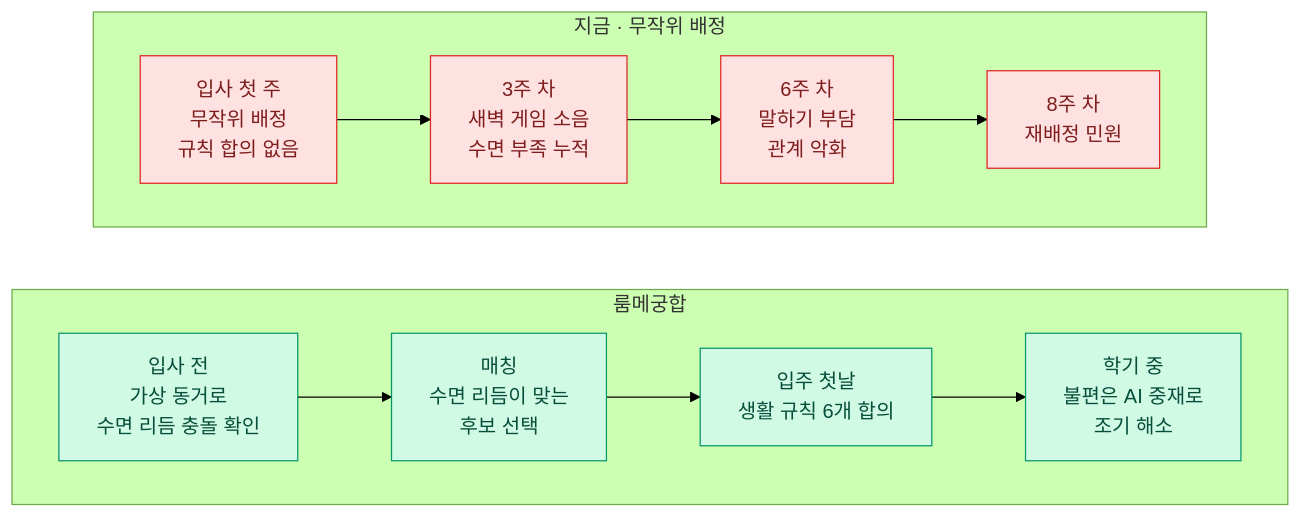
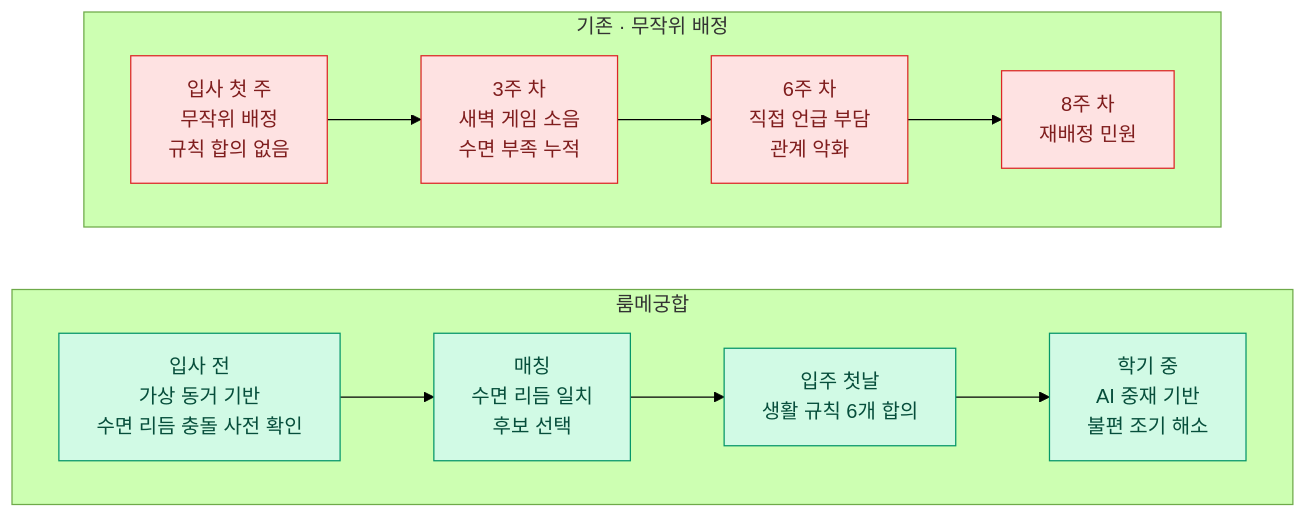
One commit to gokimkh123/SW_Design_Development changed the first of 4 diagrams in README.md. Above: the diagram before and after it, drawn with Mermaid (forest theme). The commit also changed other lines of this file and 1 other file, not shown here.

````diff
--- a/README.md
+++ b/README.md
@@ -24,17 +26,17 @@
 ```mermaid
 flowchart TB
-    subgraph NOW["지금 · 무작위 배정"]
+    subgraph NOW["기존 · 무작위 배정"]
         direction LR
-        n1["입사 첫 주<br/>무작위 배정<br/>규칙 합의 없음"] --> n2["3주 차<br/>새벽 게임 소음<br/>수면 부족 누적"] --> n3["6주 차<br/>말하기 부담<br/>관계 악화"] --> n4["8주 차<br/>재배정 민원"]
+        n1["입사 첫 주<br/>무작위 배정<br/>규칙 합의 없음"] --> n2["3주 차<br/>새벽 게임 소음<br/>수면 부족 누적"] --> n3["6주 차<br/>직접 언급 부담<br/>관계 악화"] --> n4["8주 차<br/>재배정 민원"]
     end
     subgraph NEW["룸메궁합"]
         direction LR
-        m1["입사 전<br/>가상 동거로<br/>수면 리듬 충돌 확인"] --> m2["매칭<br/>수면 리듬이 맞는<br/>후보 선택"] --> m3["입주 첫날<br/>생활 규칙 6개 합의"] --> m4["학기 중<br/>불편은 AI 중재로<br/>조기 해소"]
+        m1["입사 전<br/>가상 동거 기반<br/>수면 리듬 충돌 사전 확인"] --> m2["매칭<br/>수면 리듬 일치<br/>후보 선택"] --> m3["입주 첫날<br/>생활 규칙 6개 합의"] --> m4["학기 중<br/>AI 중재 기반<br/>불편 조기 해소"]
     end
     NOW ~~~ NEW
 
     classDef bad fill:#fee2e2,stroke:#dc2626,color:#7f1d1d
     classDef good fill:#d1fae5,stroke:#059669,color:#064e3b
     class n1,n2,n3,n4 bad
     class m1,m2,m3,m4 good
 ```
````
